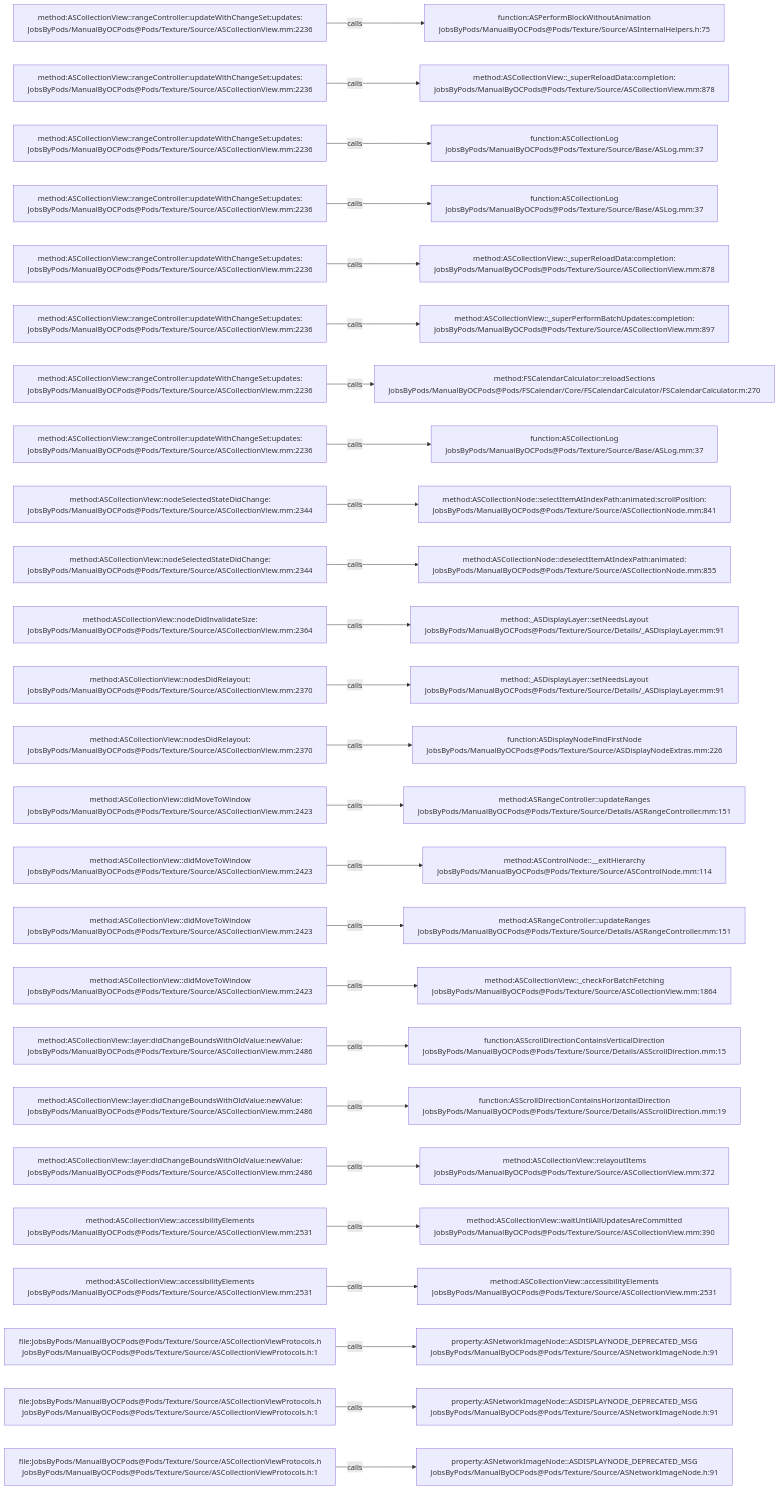
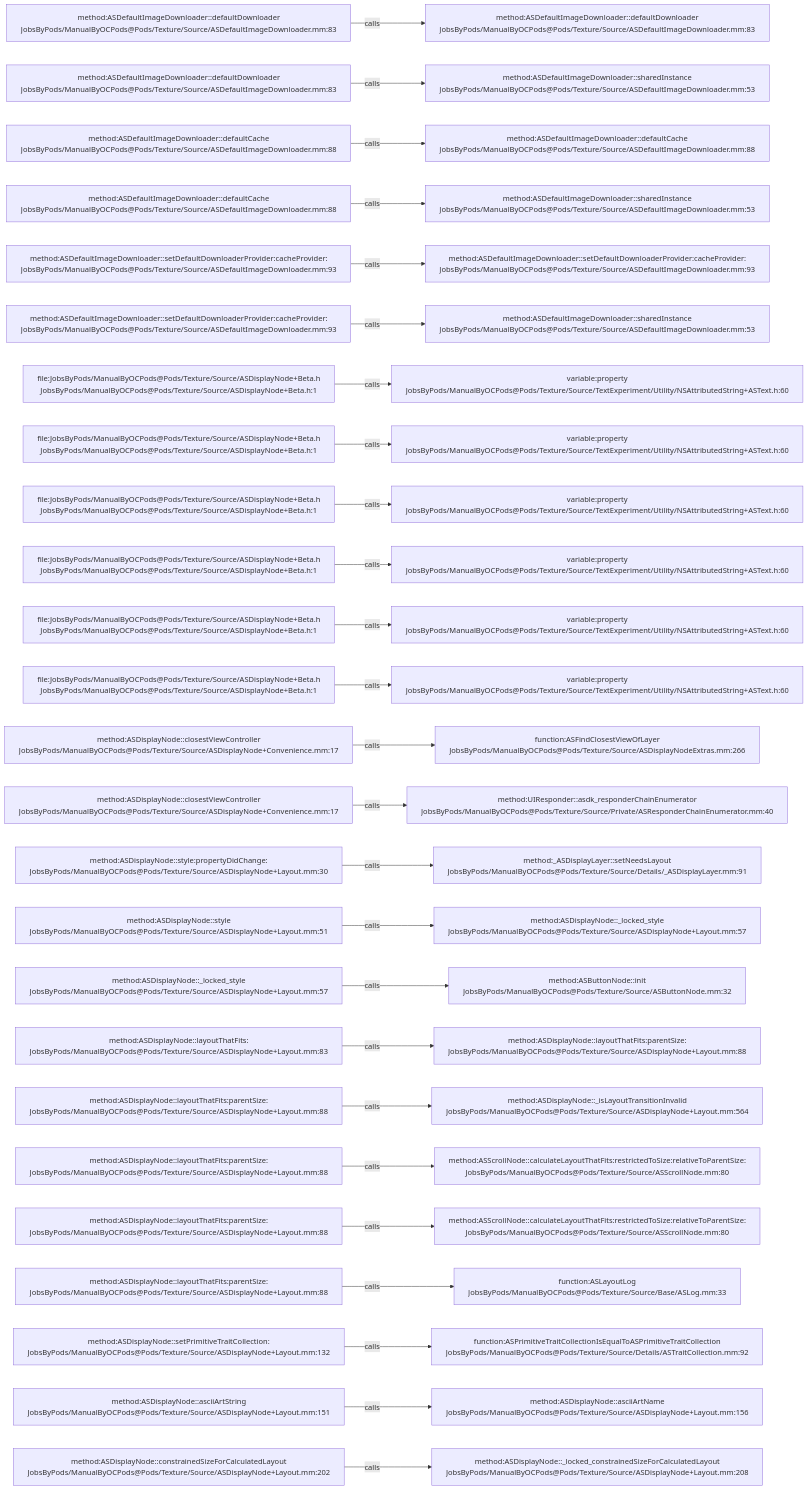
One commit to JobsKits/JobsOCBaseConfigDemo changed the diagram in .codegraph/codegraph.md/graphs/calls-082.md. Above: the diagram before and after it, drawn with Mermaid. The commit also changed 1448 other files, not shown here.

````diff
--- a/.codegraph/codegraph.md/graphs/calls-082.md
+++ b/.codegraph/codegraph.md/graphs/calls-082.md
@@ -13,78 +13,78 @@
 ```mermaid
 flowchart LR
-  S1["method:ASCollectionView::rangeController:updateWithChangeSet:updates:<br/>JobsByPods/ManualByOCPods@Pods/Texture/Source/ASCollectionView.mm:2236"]
-  T1["function:ASPerformBlockWithoutAnimation<br/>JobsByPods/ManualByOCPods@Pods/Texture/Source/ASInternalHelpers.h:75"]
+  S1["method:ASDefaultImageDownloader::defaultDownloader<br/>JobsByPods/ManualByOCPods@Pods/Texture/Source/ASDefaultImageDownloader.mm:83"]
+  T1["method:ASDefaultImageDownloader::defaultDownloader<br/>JobsByPods/ManualByOCPods@Pods/Texture/Source/ASDefaultImageDownloader.mm:83"]
   S1 -->|calls| T1
-  S2["method:ASCollectionView::rangeController:updateWithChangeSet:updates:<br/>JobsByPods/ManualByOCPods@Pods/Texture/Source/ASCollectionView.mm:2236"]
-  T2["method:ASCollectionView::_superReloadData:completion:<br/>JobsByPods/ManualByOCPods@Pods/Texture/Source/ASCollectionView.mm:878"]
+  S2["method:ASDefaultImageDownloader::defaultDownloader<br/>JobsByPods/ManualByOCPods@Pods/Texture/Source/ASDefaultImageDownloader.mm:83"]
+  T2["method:ASDefaultImageDownloader::sharedInstance<br/>JobsByPods/ManualByOCPods@Pods/Texture/Source/ASDefaultImageDownloader.mm:53"]
   S2 -->|calls| T2
-  S3["method:ASCollectionView::rangeController:updateWithChangeSet:updates:<br/>JobsByPods/ManualByOCPods@Pods/Texture/Source/ASCollectionView.mm:2236"]
-  T3["function:ASCollectionLog<br/>JobsByPods/ManualByOCPods@Pods/Texture/Source/Base/ASLog.mm:37"]
+  S3["method:ASDefaultImageDownloader::defaultCache<br/>JobsByPods/ManualByOCPods@Pods/Texture/Source/ASDefaultImageDownloader.mm:88"]
+  T3["method:ASDefaultImageDownloader::defaultCache<br/>JobsByPods/ManualByOCPods@Pods/Texture/Source/ASDefaultImageDownloader.mm:88"]
   S3 -->|calls| T3
-  S4["method:ASCollectionView::rangeController:updateWithChangeSet:updates:<br/>JobsByPods/ManualByOCPods@Pods/Texture/Source/ASCollectionView.mm:2236"]
-  T4["function:ASCollectionLog<br/>JobsByPods/ManualByOCPods@Pods/Texture/Source/Base/ASLog.mm:37"]
+  S4["method:ASDefaultImageDownloader::defaultCache<br/>JobsByPods/ManualByOCPods@Pods/Texture/Source/ASDefaultImageDownloader.mm:88"]
+  T4["method:ASDefaultImageDownloader::sharedInstance<br/>JobsByPods/ManualByOCPods@Pods/Texture/Source/ASDefaultImageDownloader.mm:53"]
   S4 -->|calls| T4
-  S5["method:ASCollectionView::rangeController:updateWithChangeSet:updates:<br/>JobsByPods/ManualByOCPods@Pods/Texture/Source/ASCollectionView.mm:2236"]
-  T5["method:ASCollectionView::_superReloadData:completion:<br/>JobsByPods/ManualByOCPods@Pods/Texture/Source/ASCollectionView.mm:878"]
+  S5["method:ASDefaultImageDownloader::setDefaultDownloaderProvider:cacheProvider:<br/>JobsByPods/ManualByOCPods@Pods/Texture/Source/ASDefaultImageDownloader.mm:93"]
+  T5["method:ASDefaultImageDownloader::setDefaultDownloaderProvider:cacheProvider:<br/>JobsByPods/ManualByOCPods@Pods/Texture/Source/ASDefaultImageDownloader.mm:93"]
   S5 -->|calls| T5
-  S6["method:ASCollectionView::rangeController:updateWithChangeSet:updates:<br/>JobsByPods/ManualByOCPods@Pods/Texture/Source/ASCollectionView.mm:2236"]
-  T6["method:ASCollectionView::_superPerformBatchUpdates:completion:<br/>JobsByPods/ManualByOCPods@Pods/Texture/Source/ASCollectionView.mm:897"]
+  S6["method:ASDefaultImageDownloader::setDefaultDownloaderProvider:cacheProvider:<br/>JobsByPods/ManualByOCPods@Pods/Texture/Source/ASDefaultImageDownloader.mm:93"]
+  T6["method:ASDefaultImageDownloader::sharedInstance<br/>JobsByPods/ManualByOCPods@Pods/Texture/Source/ASDefaultImageDownloader.mm:53"]
   S6 -->|calls| T6
-  S7["method:ASCollectionView::rangeController:updateWithChangeSet:updates:<br/>JobsByPods/ManualByOCPods@Pods/Texture/Source/ASCollectionView.mm:2236"]
-  T7["method:FSCalendarCalculator::reloadSections<br/>JobsByPods/ManualByOCPods@Pods/FSCalendar/Core/FSCalendarCalculator/FSCalendarCalculator.m:270"]
+  S7["file:JobsByPods/ManualByOCPods@Pods/Texture/Source/ASDisplayNode+Beta.h<br/>JobsByPods/ManualByOCPods@Pods/Texture/Source/ASDisplayNode+Beta.h:1"]
+  T7["variable:property<br/>JobsByPods/ManualByOCPods@Pods/Texture/Source/TextExperiment/Utility/NSAttributedString+ASText.h:60"]
   S7 -->|calls| T7
-  S8["method:ASCollectionView::rangeController:updateWithChangeSet:updates:<br/>JobsByPods/ManualByOCPods@Pods/Texture/Source/ASCollectionView.mm:2236"]
-  T8["function:ASCollectionLog<br/>JobsByPods/ManualByOCPods@Pods/Texture/Source/Base/ASLog.mm:37"]
+  S8["file:JobsByPods/ManualByOCPods@Pods/Texture/Source/ASDisplayNode+Beta.h<br/>JobsByPods/ManualByOCPods@Pods/Texture/Source/ASDisplayNode+Beta.h:1"]
+  T8["variable:property<br/>JobsByPods/ManualByOCPods@Pods/Texture/Source/TextExperiment/Utility/NSAttributedString+ASText.h:60"]
   S8 -->|calls| T8
-  S9["method:ASCollectionView::nodeSelectedStateDidChange:<br/>JobsByPods/ManualByOCPods@Pods/Texture/Source/ASCollectionView.mm:2344"]
-  T9["method:ASCollectionNode::selectItemAtIndexPath:animated:scrollPosition:<br/>JobsByPods/ManualByOCPods@Pods/Texture/Source/ASCollectionNode.mm:841"]
+  S9["file:JobsByPods/ManualByOCPods@Pods/Texture/Source/ASDisplayNode+Beta.h<br/>JobsByPods/ManualByOCPods@Pods/Texture/Source/ASDisplayNode+Beta.h:1"]
+  T9["variable:property<br/>JobsByPods/ManualByOCPods@Pods/Texture/Source/TextExperiment/Utility/NSAttributedString+ASText.h:60"]
   S9 -->|calls| T9
-  S10["method:ASCollectionView::nodeSelectedStateDidChange:<br/>JobsByPods/ManualByOCPods@Pods/Texture/Source/ASCollectionView.mm:2344"]
-  T10["method:ASCollectionNode::deselectItemAtIndexPath:animated:<br/>JobsByPods/ManualByOCPods@Pods/Texture/Source/ASCollectionNode.mm:855"]
+  S10["file:JobsByPods/ManualByOCPods@Pods/Texture/Source/ASDisplayNode+Beta.h<br/>JobsByPods/ManualByOCPods@Pods/Texture/Source/ASDisplayNode+Beta.h:1"]
+  T10["variable:property<br/>JobsByPods/ManualByOCPods@Pods/Texture/Source/TextExperiment/Utility/NSAttributedString+ASText.h:60"]
   S10 -->|calls| T10
-  S11["method:ASCollectionView::nodeDidInvalidateSize:<br/>JobsByPods/ManualByOCPods@Pods/Texture/Source/ASCollectionView.mm:2364"]
-  T11["method:_ASDisplayLayer::setNeedsLayout<br/>JobsByPods/ManualByOCPods@Pods/Texture/Source/Details/_ASDisplayLayer.mm:91"]
+  S11["file:JobsByPods/ManualByOCPods@Pods/Texture/Source/ASDisplayNode+Beta.h<br/>JobsByPods/ManualByOCPods@Pods/Texture/Source/ASDisplayNode+Beta.h:1"]
+  T11["variable:property<br/>JobsByPods/ManualByOCPods@Pods/Texture/Source/TextExperiment/Utility/NSAttributedString+ASText.h:60"]
   S11 -->|calls| T11
-  S12["method:ASCollectionView::nodesDidRelayout:<br/>JobsByPods/ManualByOCPods@Pods/Texture/Source/ASCollectionView.mm:2370"]
-  T12["method:_ASDisplayLayer::setNeedsLayout<br/>JobsByPods/ManualByOCPods@Pods/Texture/Source/Details/_ASDisplayLayer.mm:91"]
+  S12["file:JobsByPods/ManualByOCPods@Pods/Texture/Source/ASDisplayNode+Beta.h<br/>JobsByPods/ManualByOCPods@Pods/Texture/Source/ASDisplayNode+Beta.h:1"]
+  T12["variable:property<br/>JobsByPods/ManualByOCPods@Pods/Texture/Source/TextExperiment/Utility/NSAttributedString+ASText.h:60"]
   S12 -->|calls| T12
-  S13["method:ASCollectionView::nodesDidRelayout:<br/>JobsByPods/ManualByOCPods@Pods/Texture/Source/ASCollectionView.mm:2370"]
-  T13["function:ASDisplayNodeFindFirstNode<br/>JobsByPods/ManualByOCPods@Pods/Texture/Source/ASDisplayNodeExtras.mm:226"]
+  S13["method:ASDisplayNode::closestViewController<br/>JobsByPods/ManualByOCPods@Pods/Texture/Source/ASDisplayNode+Convenience.mm:17"]
+  T13["function:ASFindClosestViewOfLayer<br/>JobsByPods/ManualByOCPods@Pods/Texture/Source/ASDisplayNodeExtras.mm:266"]
   S13 -->|calls| T13
-  S14["method:ASCollectionView::didMoveToWindow<br/>JobsByPods/ManualByOCPods@Pods/Texture/Source/ASCollectionView.mm:2423"]
-  T14["method:ASRangeController::updateRanges<br/>JobsByPods/ManualByOCPods@Pods/Texture/Source/Details/ASRangeController.mm:151"]
+  S14["method:ASDisplayNode::closestViewController<br/>JobsByPods/ManualByOCPods@Pods/Texture/Source/ASDisplayNode+Convenience.mm:17"]
+  T14["method:UIResponder::asdk_responderChainEnumerator<br/>JobsByPods/ManualByOCPods@Pods/Texture/Source/Private/ASResponderChainEnumerator.mm:40"]
   S14 -->|calls| T14
-  S15["method:ASCollectionView::didMoveToWindow<br/>JobsByPods/ManualByOCPods@Pods/Texture/Source/ASCollectionView.mm:2423"]
-  T15["method:ASControlNode::__exitHierarchy<br/>JobsByPods/ManualByOCPods@Pods/Texture/Source/ASControlNode.mm:114"]
+  S15["method:ASDisplayNode::style:propertyDidChange:<br/>JobsByPods/ManualByOCPods@Pods/Texture/Source/ASDisplayNode+Layout.mm:30"]
+  T15["method:_ASDisplayLayer::setNeedsLayout<br/>JobsByPods/ManualByOCPods@Pods/Texture/Source/Details/_ASDisplayLayer.mm:91"]
   S15 -->|calls| T15
-  S16["method:ASCollectionView::didMoveToWindow<br/>JobsByPods/ManualByOCPods@Pods/Texture/Source/ASCollectionView.mm:2423"]
-  T16["method:ASRangeController::updateRanges<br/>JobsByPods/ManualByOCPods@Pods/Texture/Source/Details/ASRangeController.mm:151"]
+  S16["method:ASDisplayNode::style<br/>JobsByPods/ManualByOCPods@Pods/Texture/Source/ASDisplayNode+Layout.mm:51"]
+  T16["method:ASDisplayNode::_locked_style<br/>JobsByPods/ManualByOCPods@Pods/Texture/Source/ASDisplayNode+Layout.mm:57"]
   S16 -->|calls| T16
-  S17["method:ASCollectionView::didMoveToWindow<br/>JobsByPods/ManualByOCPods@Pods/Texture/Source/ASCollectionView.mm:2423"]
-  T17["method:ASCollectionView::_checkForBatchFetching<br/>JobsByPods/ManualByOCPods@Pods/Texture/Source/ASCollectionView.mm:1864"]
+  S17["method:ASDisplayNode::_locked_style<br/>JobsByPods/ManualByOCPods@Pods/Texture/Source/ASDisplayNode+Layout.mm:57"]
+  T17["method:ASButtonNode::init<br/>JobsByPods/ManualByOCPods@Pods/Texture/Source/ASButtonNode.mm:32"]
   S17 -->|calls| T17
-  S18["method:ASCollectionView::layer:didChangeBoundsWithOldValue:newValue:<br/>JobsByPods/ManualByOCPods@Pods/Texture/Source/ASCollectionView.mm:2486"]
-  T18["function:ASScrollDirectionContainsVerticalDirection<br/>JobsByPods/ManualByOCPods@Pods/Texture/Source/Details/ASScrollDirection.mm:15"]
+  S18["method:ASDisplayNode::layoutThatFits:<br/>JobsByPods/ManualByOCPods@Pods/Texture/Source/ASDisplayNode+Layout.mm:83"]
+  T18["method:ASDisplayNode::layoutThatFits:parentSize:<br/>JobsByPods/ManualByOCPods@Pods/Texture/Source/ASDisplayNode+Layout.mm:88"]
   S18 -->|calls| T18
-  S19["method:ASCollectionView::layer:didChangeBoundsWithOldValue:newValue:<br/>JobsByPods/ManualByOCPods@Pods/Texture/Source/ASCollectionView.mm:2486"]
-  T19["function:ASScrollDirectionContainsHorizontalDirection<br/>JobsByPods/ManualByOCPods@Pods/Texture/Source/Details/ASScrollDirection.mm:19"]
+  S19["method:ASDisplayNode::layoutThatFits:parentSize:<br/>JobsByPods/ManualByOCPods@Pods/Texture/Source/ASDisplayNode+Layout.mm:88"]
+  T19["method:ASDisplayNode::_isLayoutTransitionInvalid<br/>JobsByPods/ManualByOCPods@Pods/Texture/Source/ASDisplayNode+Layout.mm:564"]
   S19 -->|calls| T19
-  S20["method:ASCollectionView::layer:didChangeBoundsWithOldValue:newValue:<br/>JobsByPods/ManualByOCPods@Pods/Texture/Source/ASCollectionView.mm:2486"]
-  T20["method:ASCollectionView::relayoutItems<br/>JobsByPods/ManualByOCPods@Pods/Texture/Source/ASCollectionView.mm:372"]
+  S20["method:ASDisplayNode::layoutThatFits:parentSize:<br/>JobsByPods/ManualByOCPods@Pods/Texture/Source/ASDisplayNode+Layout.mm:88"]
+  T20["method:ASScrollNode::calculateLayoutThatFits:restrictedToSize:relativeToParentSize:<br/>JobsByPods/ManualByOCPods@Pods/Texture/Source/ASScrollNode.mm:80"]
   S20 -->|calls| T20
-  S21["method:ASCollectionView::accessibilityElements<br/>JobsByPods/ManualByOCPods@Pods/Texture/Source/ASCollectionView.mm:2531"]
-  T21["method:ASCollectionView::waitUntilAllUpdatesAreCommitted<br/>JobsByPods/ManualByOCPods@Pods/Texture/Source/ASCollectionView.mm:390"]
+  S21["method:ASDisplayNode::layoutThatFits:parentSize:<br/>JobsByPods/ManualByOCPods@Pods/Texture/Source/ASDisplayNode+Layout.mm:88"]
+  T21["method:ASScrollNode::calculateLayoutThatFits:restrictedToSize:relativeToParentSize:<br/>JobsByPods/ManualByOCPods@Pods/Texture/Source/ASScrollNode.mm:80"]
   S21 -->|calls| T21
-  S22["method:ASCollectionView::accessibilityElements<br/>JobsByPods/ManualByOCPods@Pods/Texture/Source/ASCollectionView.mm:2531"]
-  T22["method:ASCollectionView::accessibilityElements<br/>JobsByPods/ManualByOCPods@Pods/Texture/Source/ASCollectionView.mm:2531"]
+  S22["method:ASDisplayNode::layoutThatFits:parentSize:<br/>JobsByPods/ManualByOCPods@Pods/Texture/Source/ASDisplayNode+Layout.mm:88"]
+  T22["function:ASLayoutLog<br/>JobsByPods/ManualByOCPods@Pods/Texture/Source/Base/ASLog.mm:33"]
   S22 -->|calls| T22
-  S23["file:JobsByPods/ManualByOCPods@Pods/Texture/Source/ASCollectionViewProtocols.h<br/>JobsByPods/ManualByOCPods@Pods/Texture/Source/ASCollectionViewProtocols.h:1"]
-  T23["property:ASNetworkImageNode::ASDISPLAYNODE_DEPRECATED_MSG<br/>JobsByPods/ManualByOCPods@Pods/Texture/Source/ASNetworkImageNode.h:91"]
+  S23["method:ASDisplayNode::setPrimitiveTraitCollection:<br/>JobsByPods/ManualByOCPods@Pods/Texture/Source/ASDisplayNode+Layout.mm:132"]
+  T23["function:ASPrimitiveTraitCollectionIsEqualToASPrimitiveTraitCollection<br/>JobsByPods/ManualByOCPods@Pods/Texture/Source/Details/ASTraitCollection.mm:92"]
   S23 -->|calls| T23
-  S24["file:JobsByPods/ManualByOCPods@Pods/Texture/Source/ASCollectionViewProtocols.h<br/>JobsByPods/ManualByOCPods@Pods/Texture/Source/ASCollectionViewProtocols.h:1"]
-  T24["property:ASNetworkImageNode::ASDISPLAYNODE_DEPRECATED_MSG<br/>JobsByPods/ManualByOCPods@Pods/Texture/Source/ASNetworkImageNode.h:91"]
+  S24["method:ASDisplayNode::asciiArtString<br/>JobsByPods/ManualByOCPods@Pods/Texture/Source/ASDisplayNode+Layout.mm:151"]
+  T24["method:ASDisplayNode::asciiArtName<br/>JobsByPods/ManualByOCPods@Pods/Texture/Source/ASDisplayNode+Layout.mm:156"]
   S24 -->|calls| T24
-  S25["file:JobsByPods/ManualByOCPods@Pods/Texture/Source/ASCollectionViewProtocols.h<br/>JobsByPods/ManualByOCPods@Pods/Texture/Source/ASCollectionViewProtocols.h:1"]
-  T25["property:ASNetworkImageNode::ASDISPLAYNODE_DEPRECATED_MSG<br/>JobsByPods/ManualByOCPods@Pods/Texture/Source/ASNetworkImageNode.h:91"]
+  S25["method:ASDisplayNode::constrainedSizeForCalculatedLayout<br/>JobsByPods/ManualByOCPods@Pods/Texture/Source/ASDisplayNode+Layout.mm:202"]
+  T25["method:ASDisplayNode::_locked_constrainedSizeForCalculatedLayout<br/>JobsByPods/ManualByOCPods@Pods/Texture/Source/ASDisplayNode+Layout.mm:208"]
   S25 -->|calls| T25
 ```
````
